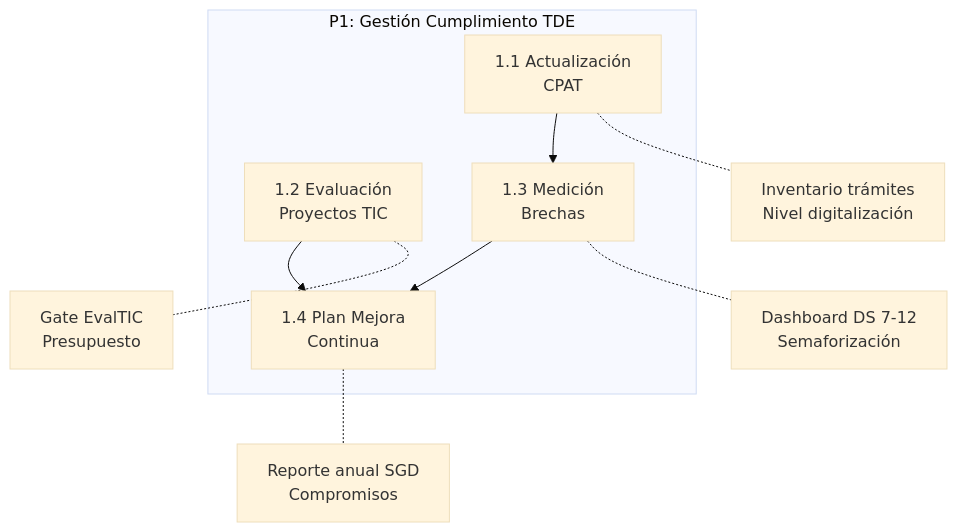
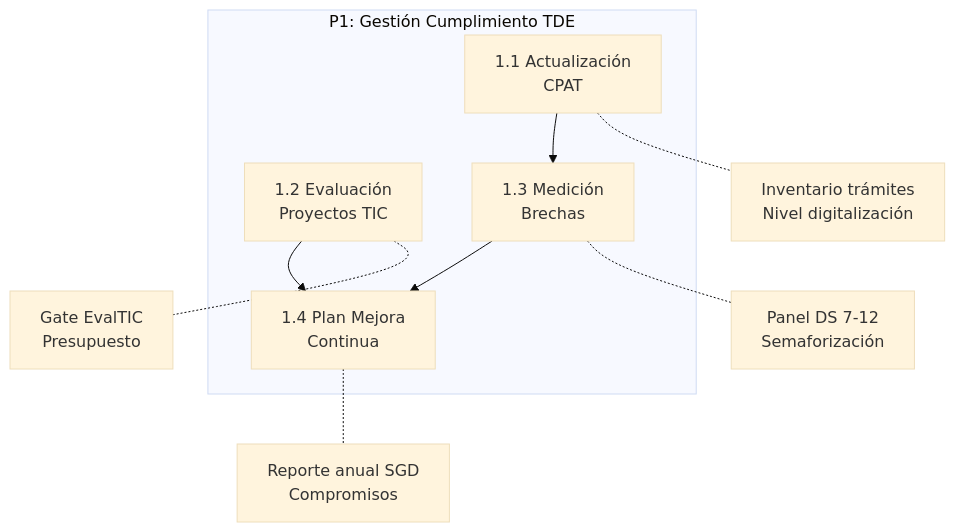
The third of 8 diagrams in docs/blueprint/domains/domain_d-tde.md (felix-antonio-sl/gore_os), drawn with Mermaid (base theme) before and after one commit. The commit also changed other lines of this file and 13 other files, not shown here.

````diff
--- a/docs/blueprint/domains/domain_d-tde.md
+++ b/docs/blueprint/domains/domain_d-tde.md
@@ -300,17 +300,17 @@
 ```mermaid
 flowchart TB
     subgraph P1["P1: Gestión Cumplimiento TDE"]
         P1_1["1.1 Actualización<br/>CPAT"]
         P1_2["1.2 Evaluación<br/>Proyectos TIC"]
         P1_3["1.3 Medición<br/>Brechas"]
         P1_4["1.4 Plan Mejora<br/>Continua"]
     end
 
     P1_1 --> P1_3 --> P1_4
     P1_2 --> P1_4
 
     P1_1 -.- N1["Inventario trámites<br/>Nivel digitalización"]
     P1_2 -.- N2["Gate EvalTIC<br/>Presupuesto"]
-    P1_3 -.- N3["Dashboard DS 7-12<br/>Semaforización"]
+    P1_3 -.- N3["Panel DS 7-12<br/>Semaforización"]
     P1_4 -.- N4["Reporte anual SGD<br/>Compromisos"]
 ```
````
